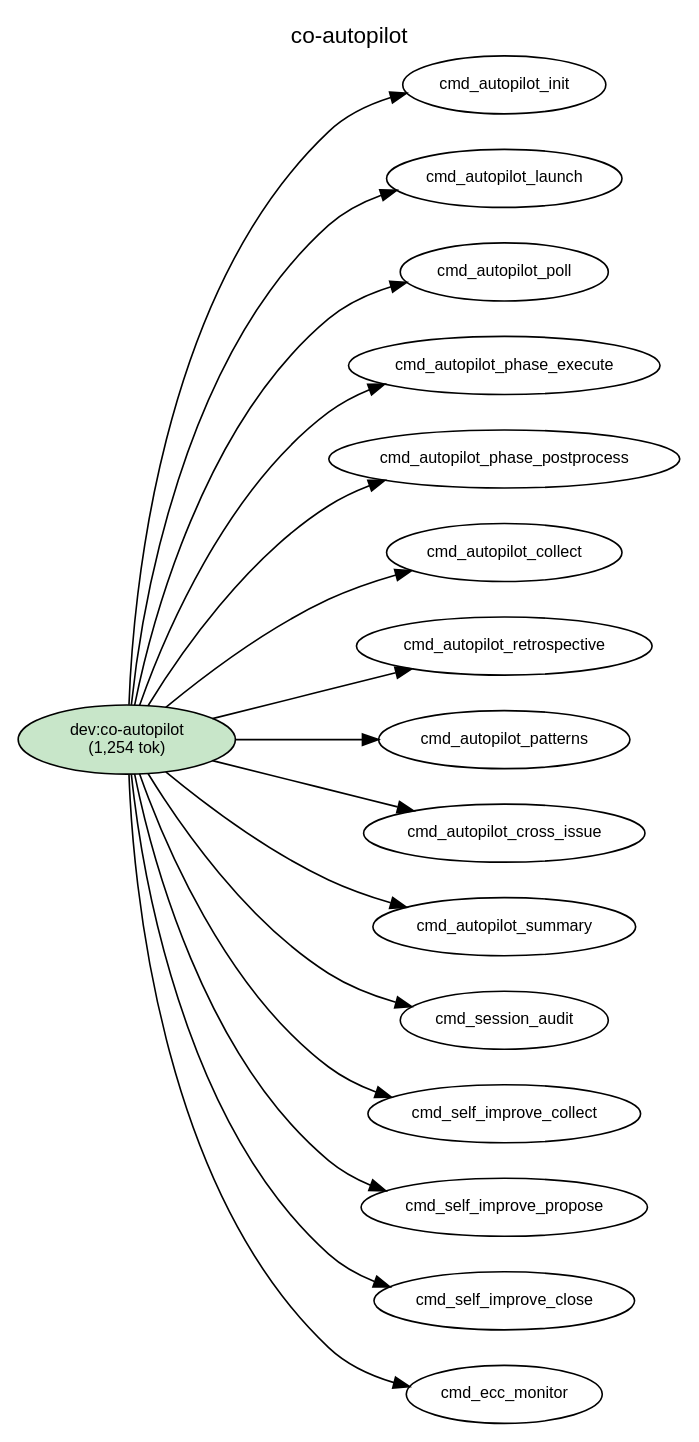
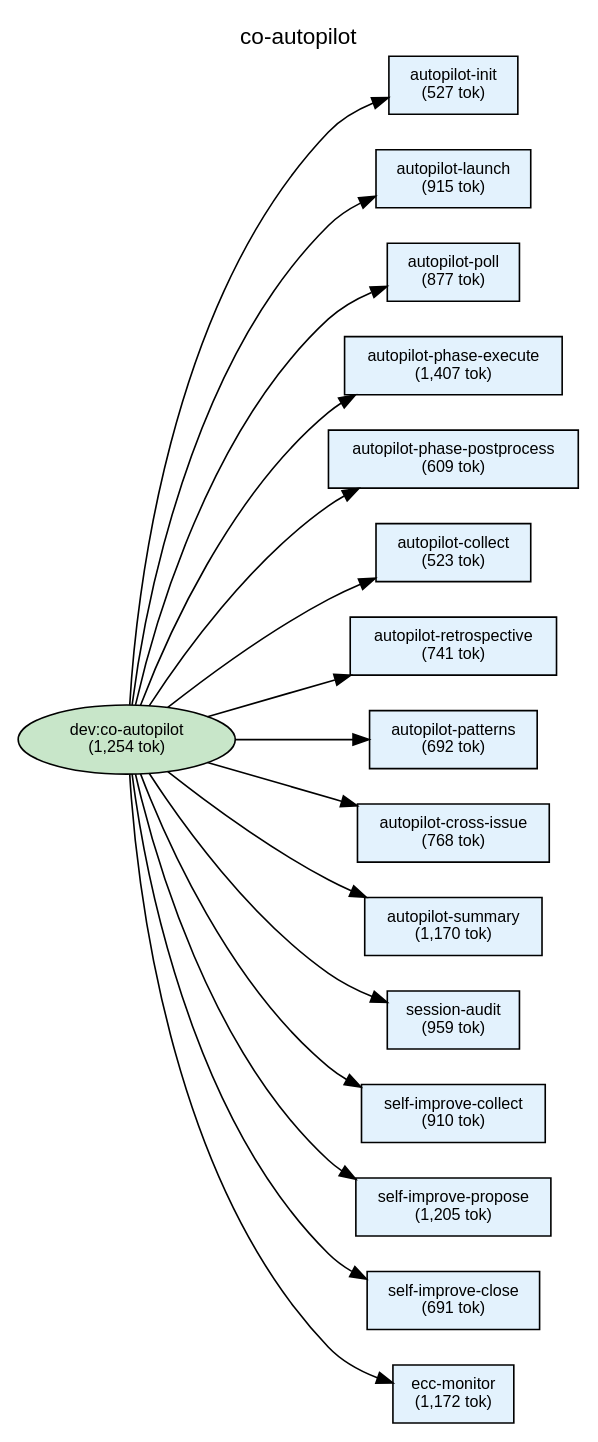
Before and after one commit to shuu5/twill: the diagram in plugins/dev/docs/deps-co-autopilot.dot, drawn with Graphviz. The commit also changed 26 other files, not shown here.

```diff
--- a/plugins/dev/docs/deps-co-autopilot.dot
+++ b/plugins/dev/docs/deps-co-autopilot.dot
@@ -1,52 +1,84 @@
 digraph Dependencies {
     // Graph settings
     rankdir=LR;
     ranksep=0.8;
     nodesep=0.3;
     fontname="Helvetica";
     node [fontname="Helvetica", fontsize=10];
     edge [fontname="Helvetica", fontsize=9];
     label="co-autopilot";
     labelloc=t;
     fontsize=14;
 
     // L0: Controller Skills
     skill_co_autopilot [label="dev:co-autopilot\n(1,254 tok)", shape=ellipse, style=filled, fillcolor="#c8e6c9"];
 
     // L0: Launchers
 
     // L0.5: Workflow Skills
 
     // Reference Skills
 
     // L1: Direct Commands
+    cmd_self_improve_collect [label="self-improve-collect\n(910 tok)", shape=box, style=filled, fillcolor="#e3f2fd"];
+    cmd_self_improve_propose [label="self-improve-propose\n(1,205 tok)", shape=box, style=filled, fillcolor="#e3f2fd"];
+    cmd_self_improve_close [label="self-improve-close\n(691 tok)", shape=box, style=filled, fillcolor="#e3f2fd"];
+    cmd_ecc_monitor [label="ecc-monitor\n(1,172 tok)", shape=box, style=filled, fillcolor="#e3f2fd"];
+    cmd_autopilot_init [label="autopilot-init\n(527 tok)", shape=box, style=filled, fillcolor="#e3f2fd"];
+    cmd_autopilot_launch [label="autopilot-launch\n(915 tok)", shape=box, style=filled, fillcolor="#e3f2fd"];
+    cmd_autopilot_poll [label="autopilot-poll\n(877 tok)", shape=box, style=filled, fillcolor="#e3f2fd"];
+    cmd_autopilot_phase_execute [label="autopilot-phase-execute\n(1,407 tok)", shape=box, style=filled, fillcolor="#e3f2fd"];
+    cmd_autopilot_phase_postprocess [label="autopilot-phase-postprocess\n(609 tok)", shape=box, style=filled, fillcolor="#e3f2fd"];
+    cmd_autopilot_collect [label="autopilot-collect\n(523 tok)", shape=box, style=filled, fillcolor="#e3f2fd"];
+    cmd_autopilot_retrospective [label="autopilot-retrospective\n(741 tok)", shape=box, style=filled, fillcolor="#e3f2fd"];
+    cmd_autopilot_patterns [label="autopilot-patterns\n(692 tok)", shape=box, style=filled, fillcolor="#e3f2fd"];
+    cmd_autopilot_cross_issue [label="autopilot-cross-issue\n(768 tok)", shape=box, style=filled, fillcolor="#e3f2fd"];
+    cmd_autopilot_summary [label="autopilot-summary\n(1,170 tok)", shape=box, style=filled, fillcolor="#e3f2fd"];
+    cmd_session_audit [label="session-audit\n(959 tok)", shape=box, style=filled, fillcolor="#e3f2fd"];
 
     // L2: Sub Commands
 
     // L3: Agents
 
     // L3.5: Scripts
 
     // L4: External
 
     // Layer constraints
     { rank=same; skill_co_autopilot; }
+    { rank=same; cmd_self_improve_collect; cmd_self_improve_propose; cmd_self_improve_close; cmd_ecc_monitor; cmd_autopilot_init; cmd_autopilot_launch; cmd_autopilot_poll; cmd_autopilot_phase_execute; cmd_autopilot_phase_postprocess; cmd_autopilot_collect; cmd_autopilot_retrospective; cmd_autopilot_patterns; cmd_autopilot_cross_issue; cmd_autopilot_summary; cmd_session_audit; }
 
     // Edges
     skill_co_autopilot -> cmd_autopilot_init;
     skill_co_autopilot -> cmd_autopilot_launch;
     skill_co_autopilot -> cmd_autopilot_poll;
     skill_co_autopilot -> cmd_autopilot_phase_execute;
     skill_co_autopilot -> cmd_autopilot_phase_postprocess;
     skill_co_autopilot -> cmd_autopilot_collect;
     skill_co_autopilot -> cmd_autopilot_retrospective;
     skill_co_autopilot -> cmd_autopilot_patterns;
     skill_co_autopilot -> cmd_autopilot_cross_issue;
     skill_co_autopilot -> cmd_autopilot_summary;
     skill_co_autopilot -> cmd_session_audit;
     skill_co_autopilot -> cmd_self_improve_collect;
     skill_co_autopilot -> cmd_self_improve_propose;
     skill_co_autopilot -> cmd_self_improve_close;
     skill_co_autopilot -> cmd_ecc_monitor;
 
+    // Ordering constraints (invisible edges)
+    cmd_autopilot_init -> cmd_autopilot_launch [style=invis, weight=10];
+    cmd_autopilot_launch -> cmd_autopilot_poll [style=invis, weight=10];
+    cmd_autopilot_poll -> cmd_autopilot_phase_execute [style=invis, weight=10];
+    cmd_autopilot_phase_execute -> cmd_autopilot_phase_postprocess [style=invis, weight=10];
+    cmd_autopilot_phase_postprocess -> cmd_autopilot_collect [style=invis, weight=10];
+    cmd_autopilot_collect -> cmd_autopilot_retrospective [style=invis, weight=10];
+    cmd_autopilot_retrospective -> cmd_autopilot_patterns [style=invis, weight=10];
+    cmd_autopilot_patterns -> cmd_autopilot_cross_issue [style=invis, weight=10];
+    cmd_autopilot_cross_issue -> cmd_autopilot_summary [style=invis, weight=10];
+    cmd_autopilot_summary -> cmd_session_audit [style=invis, weight=10];
+    cmd_session_audit -> cmd_self_improve_collect [style=invis, weight=10];
+    cmd_self_improve_collect -> cmd_self_improve_propose [style=invis, weight=10];
+    cmd_self_improve_propose -> cmd_self_improve_close [style=invis, weight=10];
+    cmd_self_improve_close -> cmd_ecc_monitor [style=invis, weight=10];
+
 }
```
